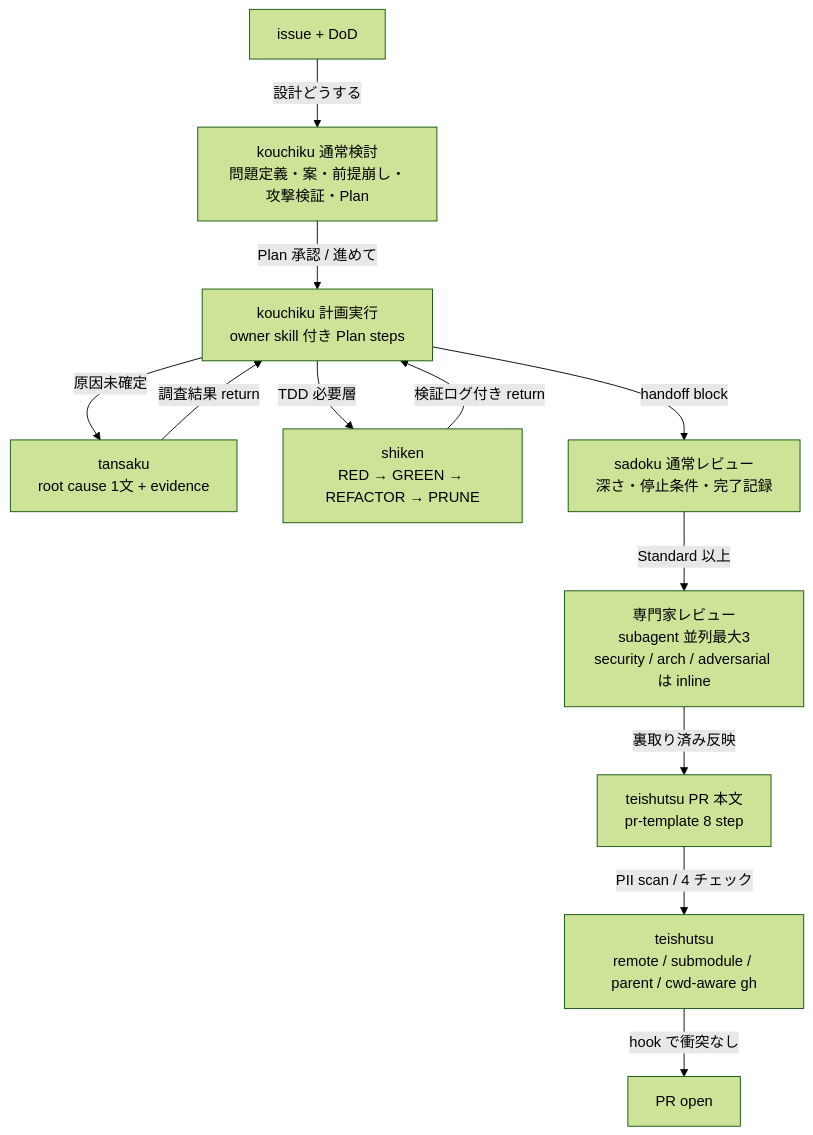
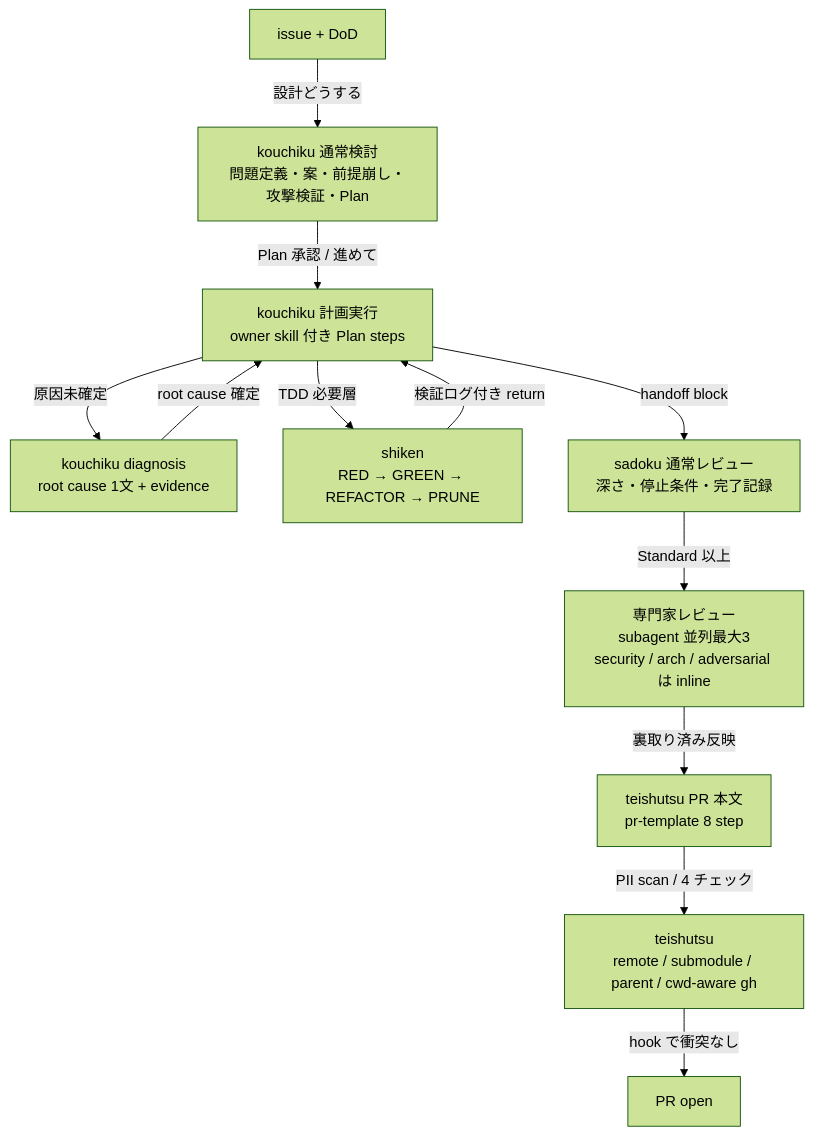
Before and after one commit to hayashiii-ghub/hikizan: the second of 10 diagrams in docs/workflow.md, drawn with Mermaid (forest theme). The commit also changed other lines of this file and 9 other files, not shown here.

Commit message:
docs: fold tansaku into kouchiku diagnosis

````diff
--- a/docs/workflow.md
+++ b/docs/workflow.md
@@ -66,14 +63,14 @@
 ```mermaid
 flowchart TB
   A["issue + DoD"] -->|"設計どうする"| B["kouchiku 通常検討<br/>問題定義・案・前提崩し・攻撃検証・Plan"]
   B -->|"Plan 承認 / 進めて"| C["kouchiku 計画実行<br/>owner skill 付き Plan steps"]
-  C -->|"原因未確定"| I["tansaku<br/>root cause 1文 + evidence"]
-  I -->|"調査結果 return"| C
+  C -->|"原因未確定"| I["kouchiku diagnosis<br/>root cause 1文 + evidence"]
+  I -->|"root cause 確定"| C
   C -->|"TDD 必要層"| D["shiken<br/>RED → GREEN → REFACTOR → PRUNE"]
   D -->|"検証ログ付き return"| C
   C -->|"handoff block"| E["sadoku 通常レビュー<br/>深さ・停止条件・完了記録"]
   E -->|"Standard 以上"| F["専門家レビュー<br/>subagent 並列最大3<br/>security / arch / adversarial は inline"]
   F -->|"裏取り済み反映"| G["teishutsu PR 本文<br/>pr-template 8 step"]
   G -->|"PII scan / 4 チェック"| H["teishutsu<br/>remote / submodule / parent / cwd-aware gh"]
   H -->|"hook で衝突なし"| J["PR open"]
 ```
````
